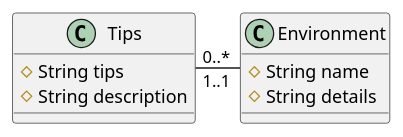
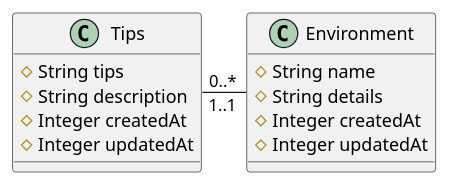
One commit to mathieu-bonhommeau/memo_backend changed the diagram in docs/diagrams/memo-cmd.puml. Above: the diagram before and after it, drawn with PlantUML. The commit also changed 28 other files, not shown here.

```diff
--- a/docs/diagrams/memo-cmd.puml
+++ b/docs/diagrams/memo-cmd.puml
@@ -1,15 +1,19 @@
 @startuml
 
 class Tips {
     # String tips
     # String description
+    # Integer createdAt
+    # Integer updatedAt
 }
 
 class Environment {
     # String name
     # String details
+    # Integer createdAt
+    # Integer updatedAt
 }
 
 Tips "0..*" - "1..1" Environment
 
 @enduml
```
